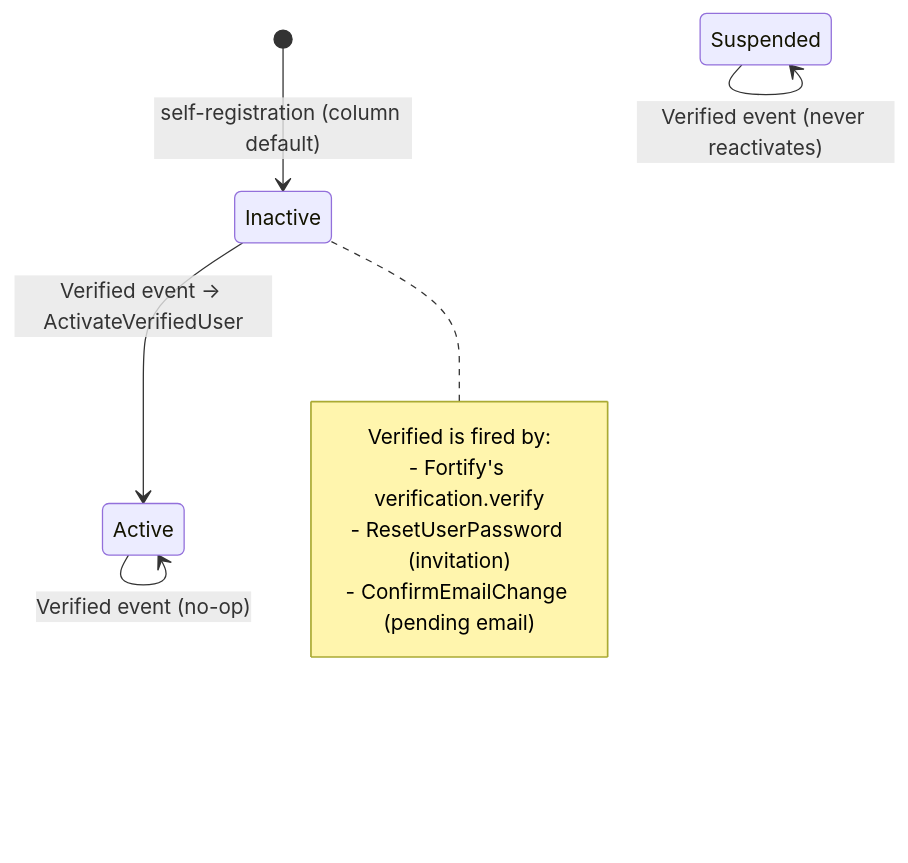
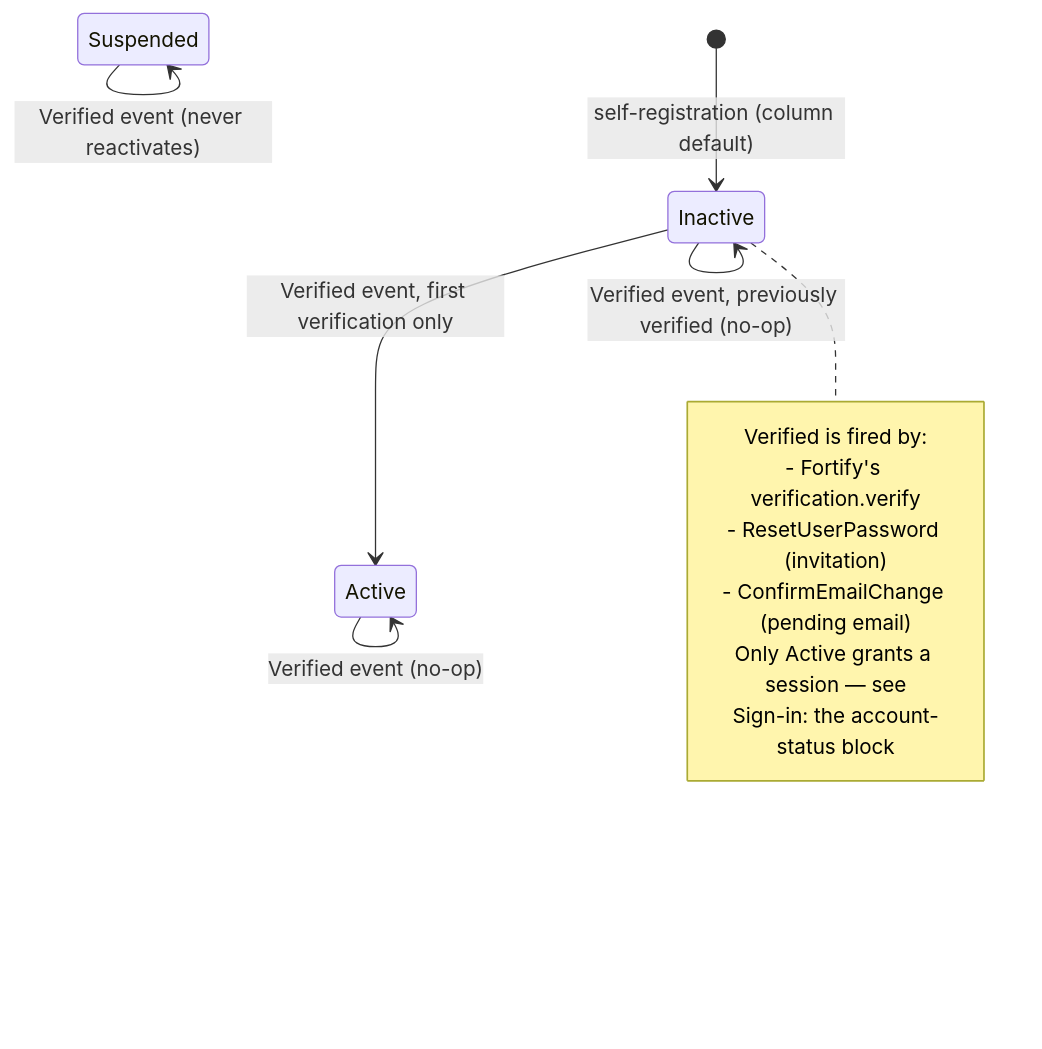
One commit to LIDR-academy/AI4Devs-finalproject changed the first of 4 diagrams in arospe/docs/architecture/authentication.md. Above: the diagram before and after it, drawn with Mermaid. The commit also changed other lines of this file and 7 other files, not shown here.

First line of the commit message:
docs(auth): document the sign-in status block and its Phase 4 findings

````diff
--- a/arospe/docs/architecture/authentication.md
+++ b/arospe/docs/architecture/authentication.md
@@ -141,13 +154,16 @@
 ```mermaid
 stateDiagram-v2
     [*] --> Inactive: self-registration (column default)
-    Inactive --> Active: Verified event → ActivateVerifiedUser
+    Inactive --> Active: Verified event, first verification only
+    Inactive --> Inactive: Verified event, previously verified (no-op)
     Active --> Active: Verified event (no-op)
     Suspended --> Suspended: Verified event (never reactivates)
     note right of Inactive
         Verified is fired by:
         - Fortify's verification.verify
         - ResetUserPassword (invitation)
         - ConfirmEmailChange (pending email)
+        Only Active grants a session — see
+        Sign-in: the account-status block
     end note
 ```
````
